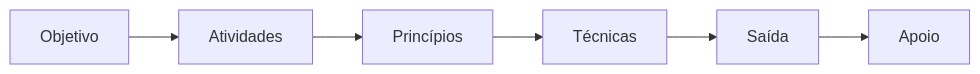
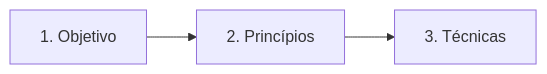
One commit to CosmIA-Lab/LAB-SDLC-IA-SEC changed the diagram in README.md. Above: the diagram before and after it, drawn with Mermaid. The commit also changed other lines of this file, not shown here.

Commit message:
docs: metodologia em três seções — objetivo, princípios, técnicas

````diff
--- a/README.md
+++ b/README.md
@@ -15,8 +15,5 @@
 ```mermaid
 flowchart LR
-    O[Objetivo] --> A[Atividades]
-    A --> P[Princípios]
-    P --> T[Técnicas]
-    T --> S[Saída]
-    S --> Apoio
+    O[1. Objetivo] --> P[2. Princípios]
+    P --> T[3. Técnicas]
 ```
````
